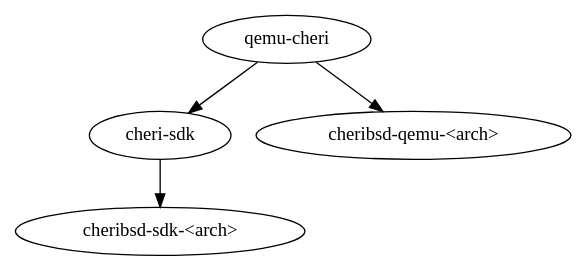
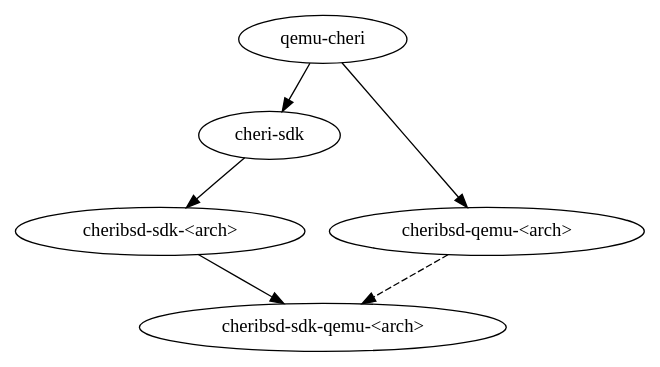
Before and after one commit to CTSRD-CHERI/cheri-docker-images: the diagram in hierarchy.dot, drawn with Graphviz. The commit also changed 2 other files, not shown here.

Commit message:
Add combined SDK+QEMU Docker image
This relies on the fact that cheribsd-qemu-<arch> just adds files to
qemu-cheri and that cheribsd-sdk-<arch> is also indirectly based on
qemu-cheri via cheri-sdk. Were both halves to install additional
packages we would have to take extra care and manually install one
half's packages again in the combined image.

```diff
--- a/hierarchy.dot
+++ b/hierarchy.dot
@@ -1,5 +1,7 @@
 digraph {
 	"qemu-cheri" -> "cheri-sdk"
 	"cheri-sdk" -> "cheribsd-sdk-<arch>"
 	"qemu-cheri" -> "cheribsd-qemu-<arch>"
+	"cheribsd-sdk-<arch>" -> "cheribsd-sdk-qemu-<arch>"
+	"cheribsd-qemu-<arch>" -> "cheribsd-sdk-qemu-<arch>" [style=dashed]
 }
```
